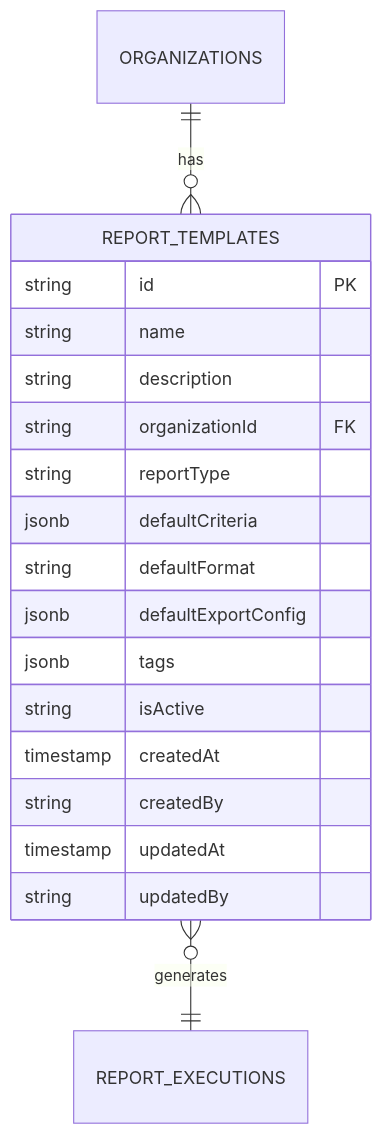
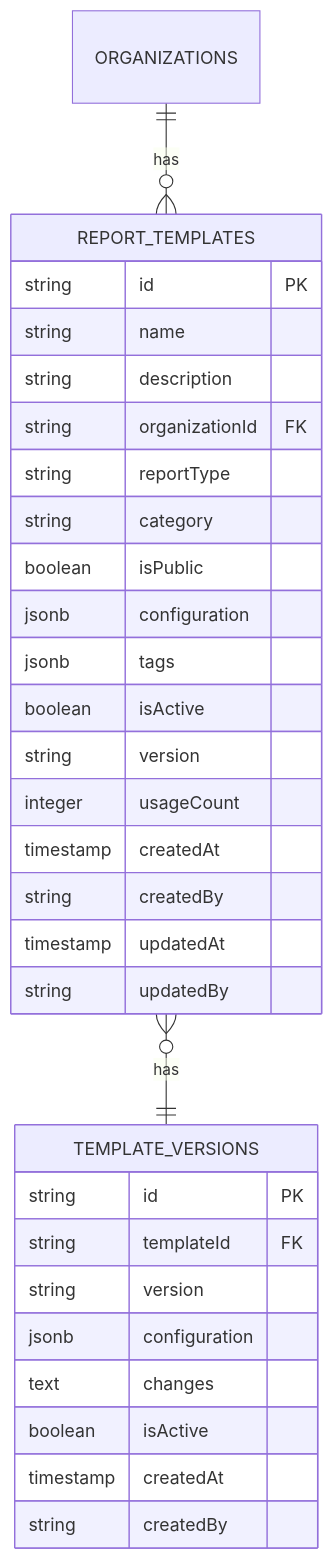
Before and after one commit to smedrec/smart-logs: the fifth of 9 diagrams in .qoder/repowiki/en/content/Web Application/Compliance Reporting/Report Templates.md, drawn with Mermaid. The commit also changed other lines of this file and 24 other files, not shown here.

````diff
--- a/.qoder/repowiki/en/content/Web Application/Compliance Reporting/Report Templates.md
+++ b/.qoder/repowiki/en/content/Web Application/Compliance Reporting/Report Templates.md
@@ -194,21 +366,33 @@
 ```mermaid
 erDiagram
 REPORT_TEMPLATES {
 string id PK
 string name
 string description
 string organizationId FK
 string reportType
-jsonb defaultCriteria
-string defaultFormat
-jsonb defaultExportConfig
+string category
+boolean isPublic
+jsonb configuration
 jsonb tags
-string isActive
+boolean isActive
+string version
+integer usageCount
 timestamp createdAt
 string createdBy
 timestamp updatedAt
 string updatedBy
 }
+TEMPLATE_VERSIONS {
+string id PK
+string templateId FK
+string version
+jsonb configuration
+text changes
+boolean isActive
+timestamp createdAt
+string createdBy
+}
 ORGANIZATIONS ||--o{ REPORT_TEMPLATES : "has"
-REPORT_TEMPLATES }o--|| REPORT_EXECUTIONS : "generates"
+REPORT_TEMPLATES }o--|| TEMPLATE_VERSIONS : "has"
 ```
````
